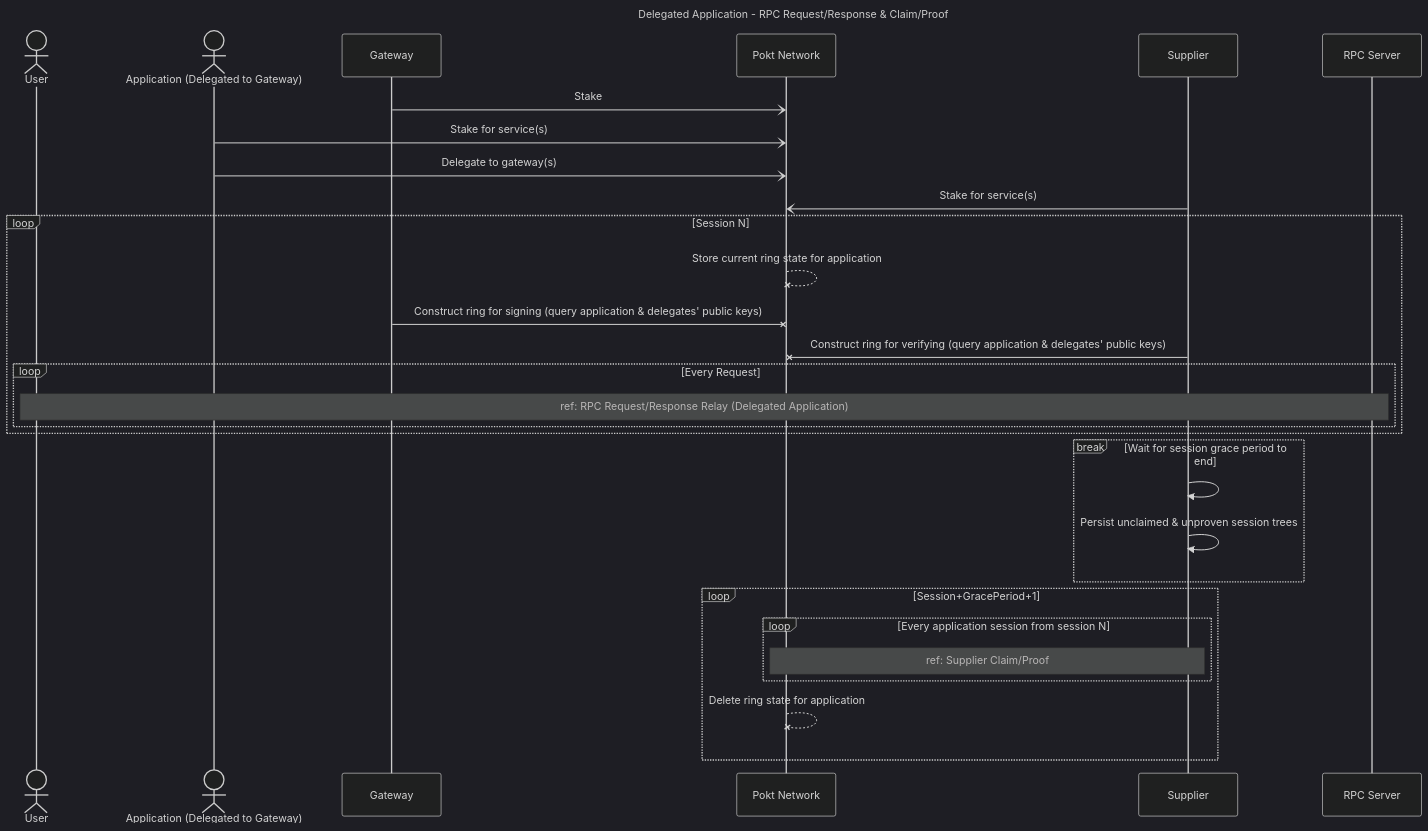
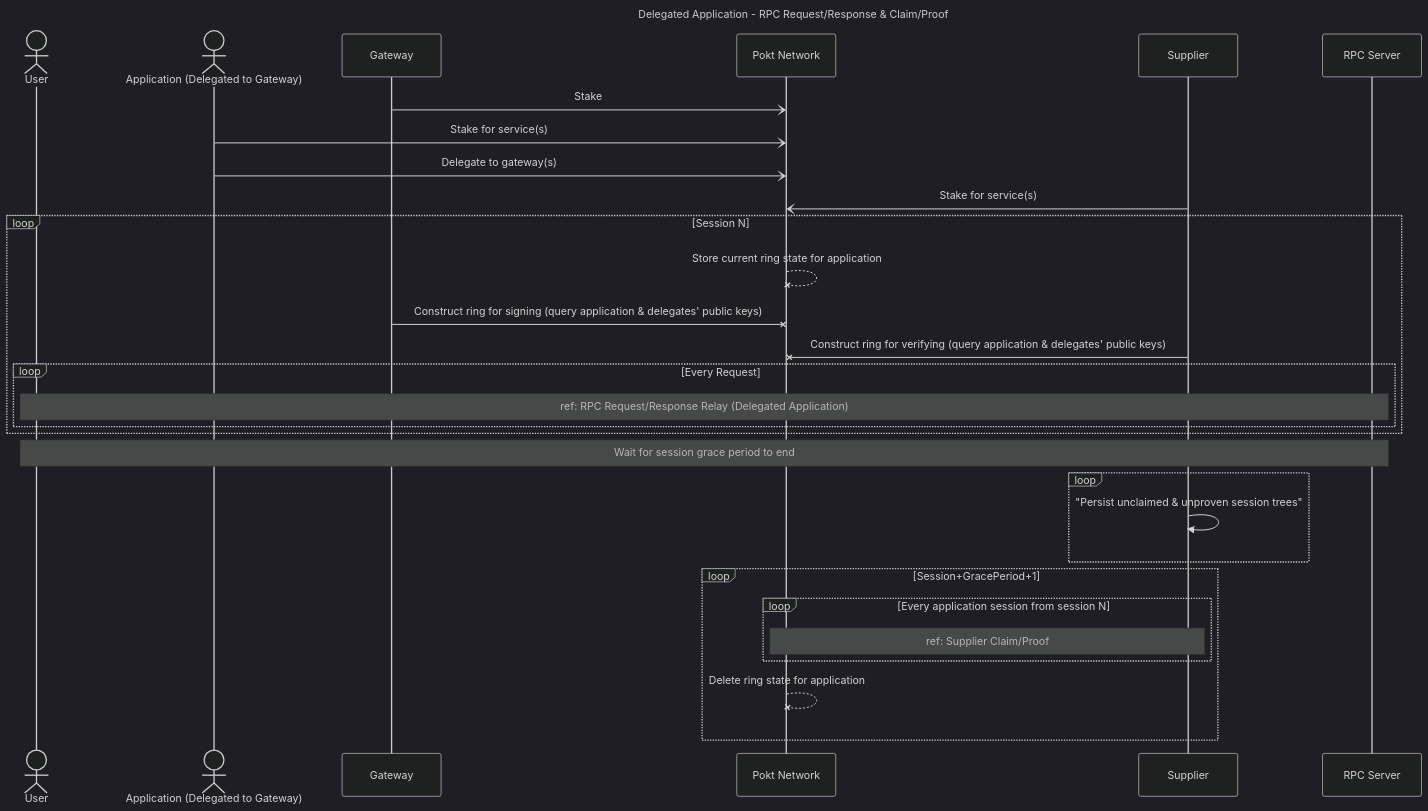
The second of 3 diagrams in docusaurus/docs/protocol/primitives/relay_mining.md (pokt-network/poktroll), drawn with Mermaid (dark theme) before and after one commit. The commit also changed other lines of this file and 56 other files, not shown here.

````diff
--- a/docusaurus/docs/protocol/primitives/relay_mining.md
+++ b/docusaurus/docs/protocol/primitives/relay_mining.md
@@ -89,54 +90,41 @@
 ```mermaid
 ---
 title: Delegated Application - RPC Request/Response & Claim/Proof
 ---
 sequenceDiagram
-
     actor user as User
     actor app as Application (Delegated to Gateway)
     participant gw as Gateway
     participant pokt as Pokt Network
     participant sup as Supplier
     participant rpc as RPC Server
-
 
 %% par Staking & Delegation
     gw-)pokt: Stake
     app-)pokt: Stake for service(s)
     app-)pokt: Delegate to gateway(s)
     sup-)pokt: Stake for service(s)
 %% end
 
     loop Session N
-
         pokt--xpokt: Store current ring state for application
-
         gw-xpokt: Construct ring for signing (query application & delegates' public keys)
         sup-xpokt: Construct ring for verifying (query application & delegates' public keys)
-
         loop Every Request
-
             Note over user,rpc: ref: RPC Request/Response Relay (Delegated Application)
-
         end
-
     end
 
-break Wait for session grace period to end
-sup->>sup: 
-    sup->>sup: Persist unclaimed & unproven session trees
-end
+    note over user,rpc: Wait for session grace period to end
 
-loop Session+GracePeriod+1
+    loop
+        sup->>sup: "Persist unclaimed & unproven session trees"
+    end
 
-loop Every application session from session N
-
-Note over pokt,sup: ref: Supplier Claim/Proof
-
-end
-
-pokt--xpokt: Delete ring state for application
-
-end
-
+    loop Session+GracePeriod+1
+        loop Every application session from session N
+            Note over pokt,sup: ref: Supplier Claim/Proof
+        end
+        pokt--xpokt: Delete ring state for application
+    end
 ```
````
